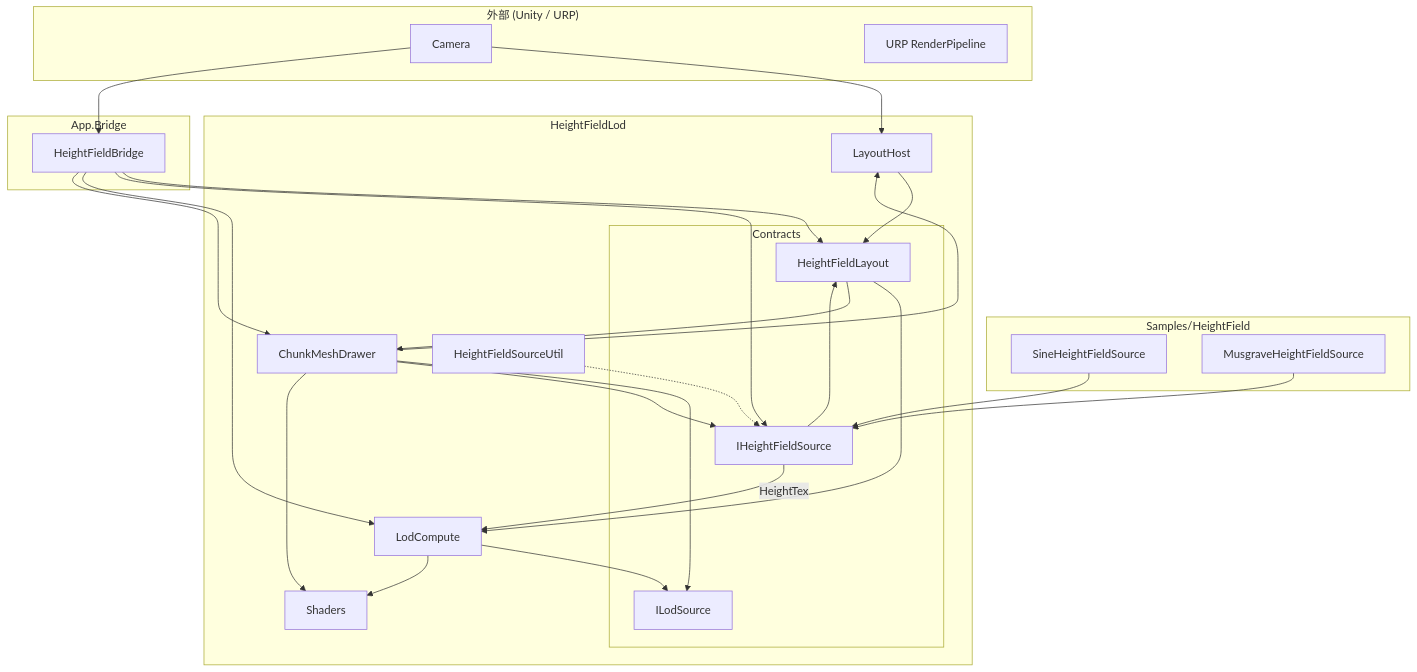
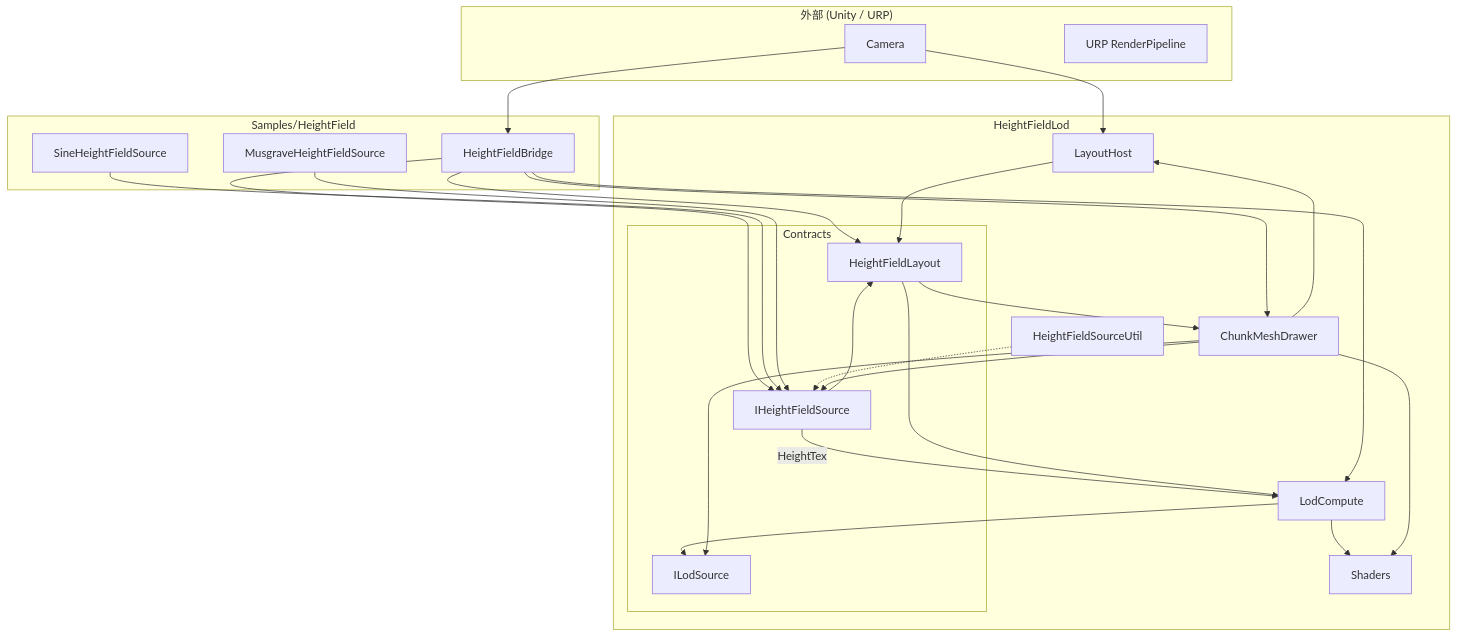
The diagram in Doc/heightfield-lod-layered-design.ja.md (nobnak/urp-heightfield-lod), drawn with Mermaid before and after one commit. The commit also changed other lines of this file and 136 other files, not shown here.

````diff
--- a/Doc/heightfield-lod-layered-design.ja.md
+++ b/Doc/heightfield-lod-layered-design.ja.md
@@ -66,50 +61,47 @@
 ```mermaid
 flowchart TB
   subgraph external["外部 (Unity / URP)"]
     CAM[Camera]
     URP[URP RenderPipeline]
   end
 
-  subgraph app_bridge["App.Bridge"]
-    BR[HeightFieldBridge]
-  end
-
   subgraph samples["Samples/HeightField"]
     SINE[SineHeightFieldSource]
     MUSG[MusgraveHeightFieldSource]
+    BR[HeightFieldBridge]
   end
 
   subgraph hflod["HeightFieldLod"]
     subgraph contracts["Contracts"]
       LAY[HeightFieldLayout]
       IHS[IHeightFieldSource]
       ILOD[ILodSource]
     end
     HOST[LayoutHost]
     COMP[LodCompute]
     DRAW[ChunkMeshDrawer]
     UTIL[HeightFieldSourceUtil]
     SH[Shaders]
   end
 
   CAM --> HOST
   CAM --> BR
   BR --> LAY
   BR --> IHS
   BR --> COMP
   BR --> DRAW
   SINE --> IHS
   MUSG --> IHS
   HOST --> LAY
   IHS --> LAY
   UTIL -.-> IHS
   IHS -->|HeightTex| COMP
   COMP --> ILOD
   DRAW --> ILOD
   DRAW --> IHS
   DRAW --> HOST
   COMP --> SH
   DRAW --> SH
   LAY --> COMP
   LAY --> DRAW
 ```
````
